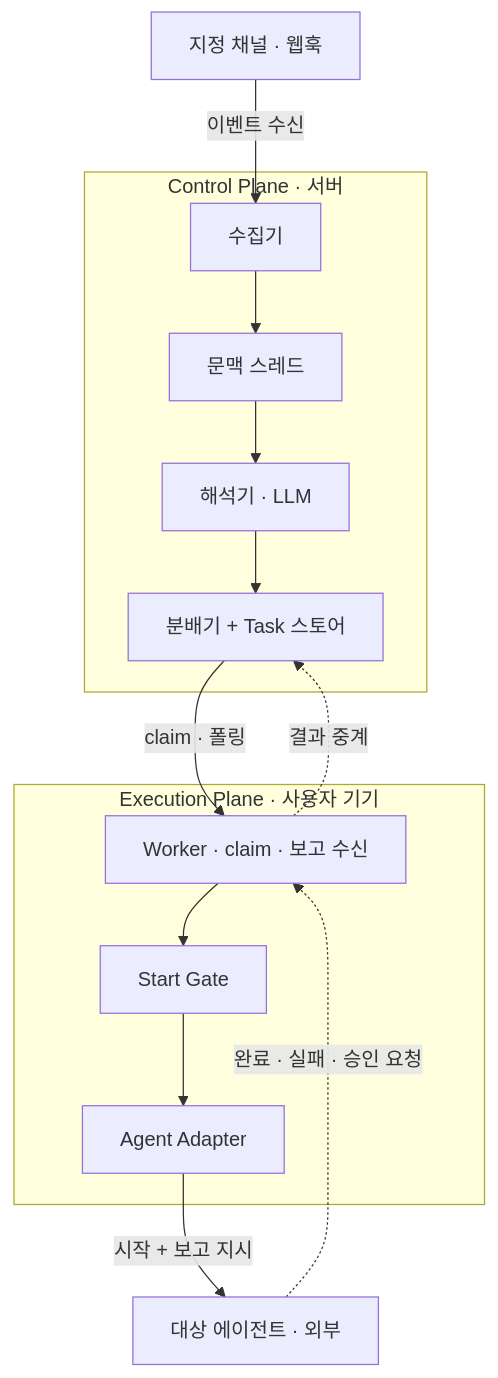
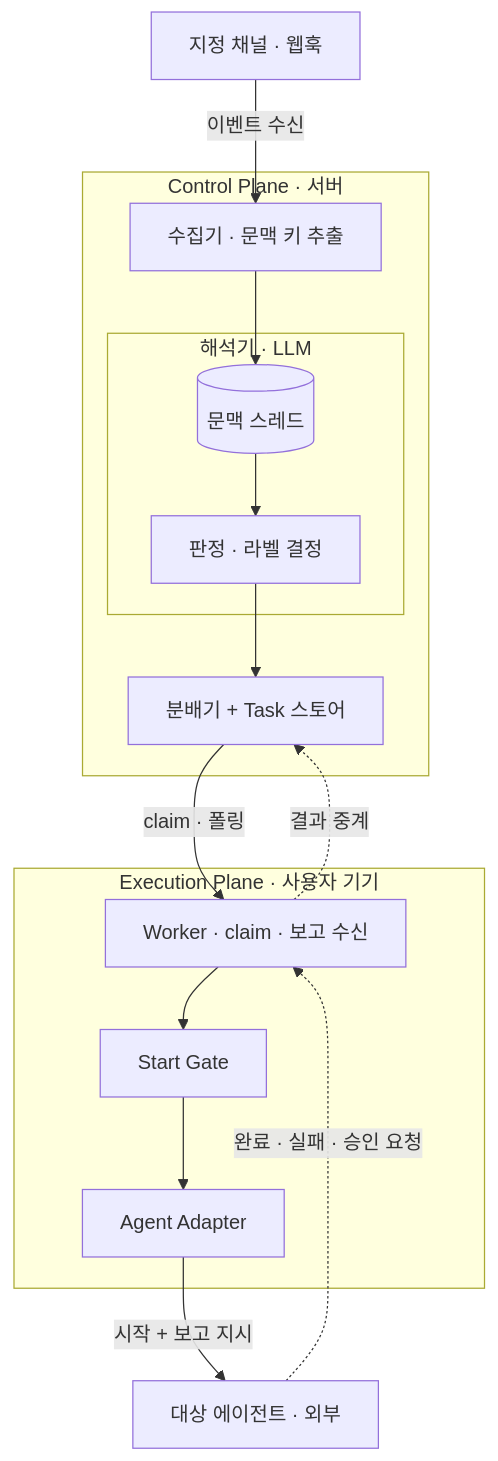
One commit to explorer0113/samdi changed the first of 2 diagrams in README.md. Above: the diagram before and after it, drawn with Mermaid. The commit also changed other lines of this file, not shown here.

Commit message:
문서: 문맥 스레드를 해석기 내부로 (파이프라인 단계로 오해되던 문제)
문맥 스레드는 거쳐가는 처리 단계가 아니라 해석 단계가 유지하는 상태다.
해석기를 중첩 subgraph로 만들어 스레드(저장소 모양)와 판정을 안에 담고,
서버는 수집기 → 해석기 → 분배기 세 단계로 읽히게 했다.

````diff
--- a/README.md
+++ b/README.md
@@ -24,30 +24,32 @@
 ```mermaid
 flowchart TB
     CH["지정 채널 · 웹훅"]
 
     subgraph CP["Control Plane · 서버"]
-        COL["수집기"]
-        TH["문맥 스레드"]
-        IN["해석기 · LLM"]
+        COL["수집기 · 문맥 키 추출"]
+        subgraph IN["해석기 · LLM"]
+            TH[("문맥 스레드")]
+            JG["판정 · 라벨 결정"]
+            TH --> JG
+        end
         DP["분배기 + Task 스토어"]
         COL --> TH
-        TH --> IN
-        IN --> DP
+        JG --> DP
     end
 
     subgraph EP["Execution Plane · 사용자 기기"]
         WK["Worker · claim · 보고 수신"]
         GT["Start Gate"]
         AD["Agent Adapter"]
         WK --> GT
         GT --> AD
     end
 
     AG["대상 에이전트 · 외부"]
 
     CH -->|"이벤트 수신"| COL
     DP -->|"claim · 폴링"| WK
     AD -->|"시작 + 보고 지시"| AG
     AG -.->|"완료 · 실패 · 승인 요청"| WK
     WK -.->|"결과 중계"| DP
 ```
````
